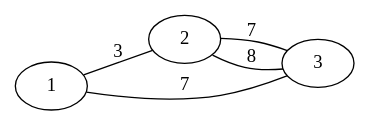
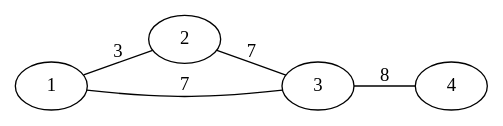
The diagram in ressources/semiEulerian.gv (vitalfocheux/Chinese-Postman-Problem), drawn with Graphviz before and after one commit. The commit also changed 6 other files, not shown here.

```diff
--- a/ressources/semiEulerian.gv
+++ b/ressources/semiEulerian.gv
@@ -1,7 +1,7 @@
 graph {
     rankdir=LR
     1 -- 2 [label=3, len=3]
     2 -- 3 [label=7, len=7]
     3 -- 1 [label=7, len=7]
-    2 -- 3 [label=8, len=8]
+    3 -- 4 [label=8, len=8]
 }
```
